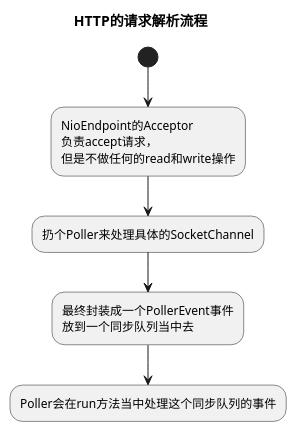
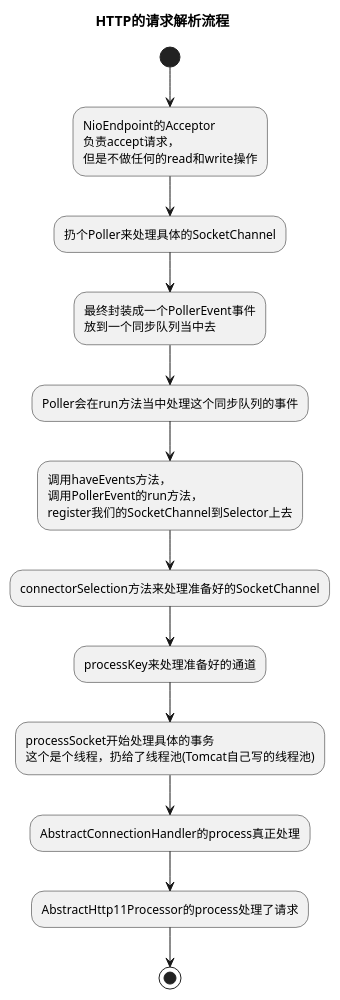
Before and after one commit to liuxuzxx/tomcat-8-src: the diagram in src/main/java/org/lx/tomcat/uml/一个HTTP的请求流程.puml, drawn with PlantUML. The commit also changed 5 other files, not shown here.

```diff
--- a/src/main/java/org/lx/tomcat/uml/一个HTTP的请求流程.puml
+++ b/src/main/java/org/lx/tomcat/uml/一个HTTP的请求流程.puml
@@ -1,7 +1,14 @@
 @startuml
 title HTTP的请求解析流程
 (*)-->"NioEndpoint的Acceptor\n负责accept请求，\n但是不做任何的read和write操作"
 "NioEndpoint的Acceptor\n负责accept请求，\n但是不做任何的read和write操作"-->"扔个Poller来处理具体的SocketChannel"
 "扔个Poller来处理具体的SocketChannel"-->"最终封装成一个PollerEvent事件\n放到一个同步队列当中去"
 "最终封装成一个PollerEvent事件\n放到一个同步队列当中去"-->"Poller会在run方法当中处理这个同步队列的事件"
+"Poller会在run方法当中处理这个同步队列的事件" -->"调用haveEvents方法，\n调用PollerEvent的run方法，\nregister我们的SocketChannel到Selector上去"
+"调用haveEvents方法，\n调用PollerEvent的run方法，\nregister我们的SocketChannel到Selector上去"-->"connectorSelection方法来处理准备好的SocketChannel"
+"connectorSelection方法来处理准备好的SocketChannel" -->"processKey来处理准备好的通道"
+"processKey来处理准备好的通道"-->"processSocket开始处理具体的事务\n这个是个线程，扔给了线程池(Tomcat自己写的线程池)"
+"processSocket开始处理具体的事务\n这个是个线程，扔给了线程池(Tomcat自己写的线程池)"-->"AbstractConnectionHandler的process真正处理"
+"AbstractConnectionHandler的process真正处理"-->"AbstractHttp11Processor的process处理了请求"
+-->(*)
 @enduml
```
